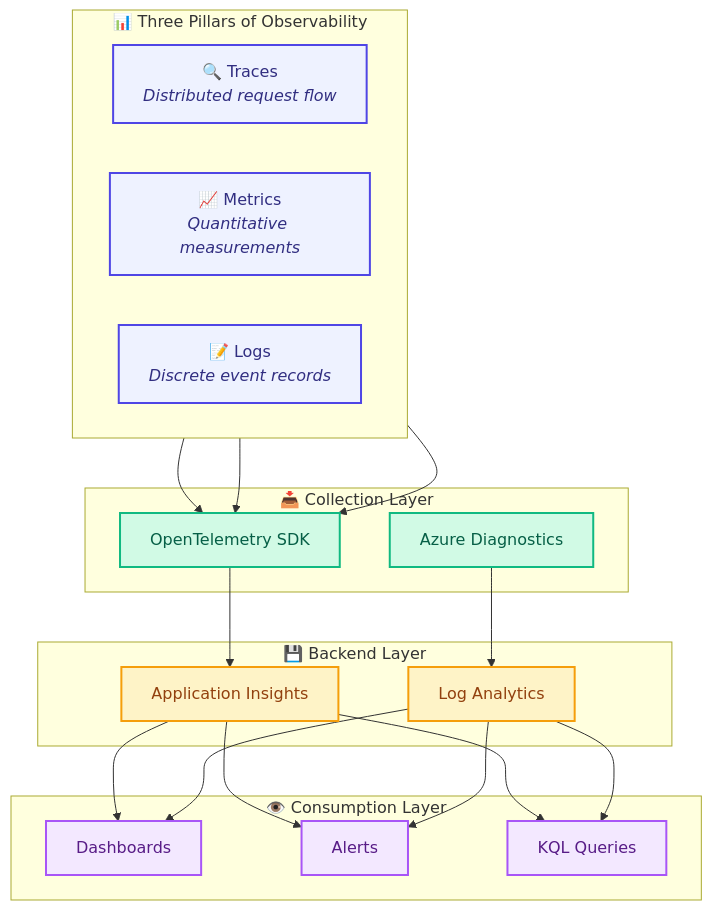
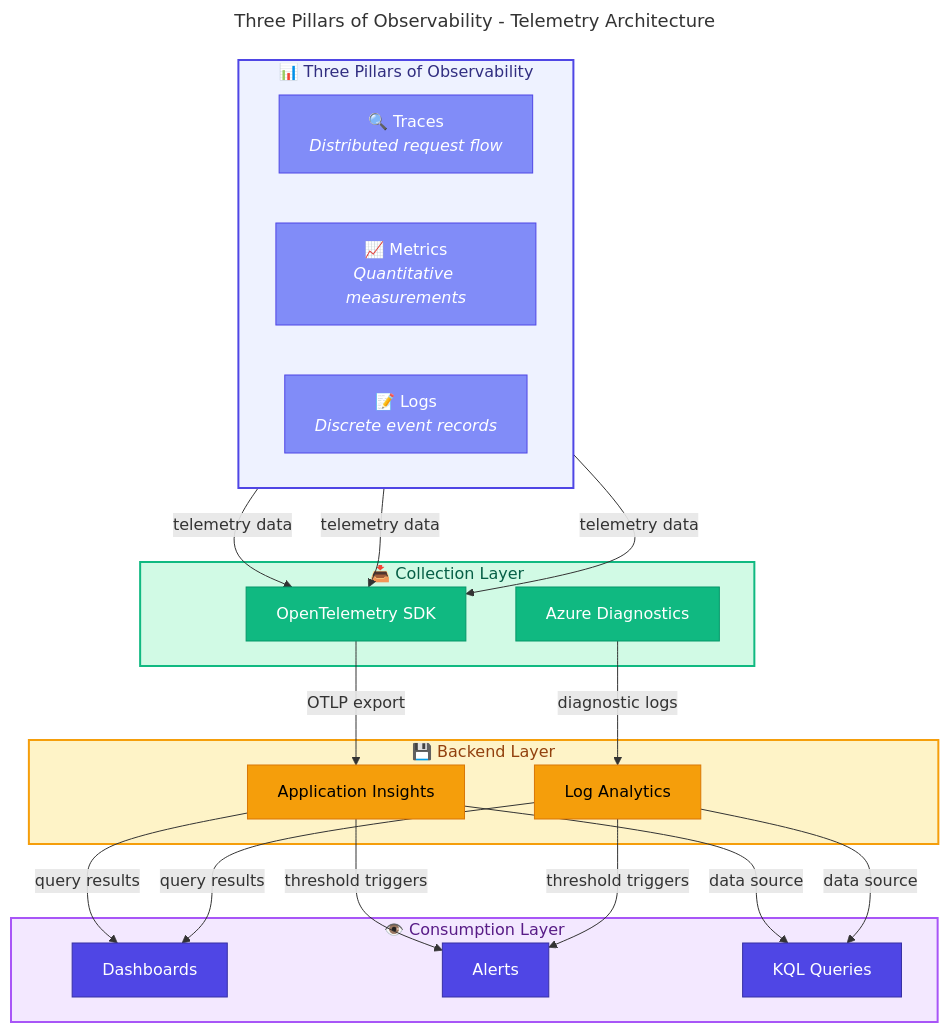
Before and after one commit to Evilazaro/Azure-LogicApps-Monitoring: the first of 3 diagrams in docs/architecture/05-observability-architecture.md, drawn with Mermaid. The commit also changed other lines of this file, not shown here.

Commit message:
docs: Enhance mermaid diagrams in observability architecture with titles and improved styling for better clarity and organization

````diff
--- a/docs/architecture/05-observability-architecture.md
+++ b/docs/architecture/05-observability-architecture.md
@@ -61,43 +61,65 @@
 ```mermaid
+---
+title: Three Pillars of Observability - Telemetry Architecture
+---
 flowchart TB
-    %% Three Pillars of Observability - Telemetry collection architecture
+    %% ===== CLASS DEFINITIONS =====
+    classDef primary fill:#4F46E5,stroke:#3730A3,color:#FFFFFF
+    classDef secondary fill:#10B981,stroke:#059669,color:#FFFFFF
+    classDef datastore fill:#F59E0B,stroke:#D97706,color:#000000
+    classDef external fill:#6B7280,stroke:#4B5563,color:#FFFFFF,stroke-dasharray: 5 5
+    classDef failed fill:#F44336,stroke:#C62828,color:#FFFFFF
+    classDef trigger fill:#818CF8,stroke:#4F46E5,color:#FFFFFF
+    classDef decision fill:#FFFBEB,stroke:#F59E0B,color:#000000
+    classDef input fill:#F3F4F6,stroke:#6B7280,color:#000000
+
+    %% ===== PILLARS SUBGRAPH =====
     subgraph Pillars["📊 Three Pillars of Observability"]
         direction LR
         Traces["🔍 Traces<br/><i>Distributed request flow</i>"]
         Metrics["📈 Metrics<br/><i>Quantitative measurements</i>"]
         Logs["📝 Logs<br/><i>Discrete event records</i>"]
     end
+    style Pillars fill:#EEF2FF,stroke:#4F46E5,stroke-width:2px,color:#312E81
 
+    %% ===== COLLECTION SUBGRAPH =====
     subgraph Collection["📥 Collection Layer"]
         OTEL["OpenTelemetry SDK"]
         AzDiag["Azure Diagnostics"]
     end
+    style Collection fill:#D1FAE5,stroke:#10B981,stroke-width:2px,color:#065F46
 
+    %% ===== BACKEND SUBGRAPH =====
     subgraph Backend["💾 Backend Layer"]
         AI["Application Insights"]
         LAW["Log Analytics"]
     end
+    style Backend fill:#FEF3C7,stroke:#F59E0B,stroke-width:2px,color:#92400E
 
+    %% ===== CONSUMPTION SUBGRAPH =====
     subgraph Consumption["👁️ Consumption Layer"]
         Dashboards["Dashboards"]
         Alerts["Alerts"]
         Queries["KQL Queries"]
     end
+    style Consumption fill:#F3E8FF,stroke:#A855F7,stroke-width:2px,color:#581C87
 
-    %% Data flow
-    Traces & Metrics & Logs --> OTEL
-    OTEL --> AI
-    AzDiag --> LAW
-    AI & LAW --> Dashboards & Alerts & Queries
+    %% ===== DATA FLOW CONNECTIONS =====
+    Traces -->|"telemetry data"| OTEL
+    Metrics -->|"telemetry data"| OTEL
+    Logs -->|"telemetry data"| OTEL
+    OTEL -->|"OTLP export"| AI
+    AzDiag -->|"diagnostic logs"| LAW
+    AI -->|"query results"| Dashboards
+    AI -->|"threshold triggers"| Alerts
+    AI -->|"data source"| Queries
+    LAW -->|"query results"| Dashboards
+    LAW -->|"threshold triggers"| Alerts
+    LAW -->|"data source"| Queries
 
-    %% Modern color palette - WCAG AA compliant
-    classDef pillars fill:#EEF2FF,stroke:#4F46E5,stroke-width:2px,color:#312E81
-    classDef collection fill:#D1FAE5,stroke:#10B981,stroke-width:2px,color:#065F46
-    classDef backend fill:#FEF3C7,stroke:#F59E0B,stroke-width:2px,color:#92400E
-    classDef consumption fill:#F3E8FF,stroke:#A855F7,stroke-width:2px,color:#581C87
-
-    class Traces,Metrics,Logs pillars
-    class OTEL,AzDiag collection
-    class AI,LAW backend
-    class Dashboards,Alerts,Queries consumption
+    %% ===== NODE STYLING =====
+    class Traces,Metrics,Logs trigger
+    class OTEL,AzDiag secondary
+    class AI,LAW datastore
+    class Dashboards,Alerts,Queries primary
 ```
````
